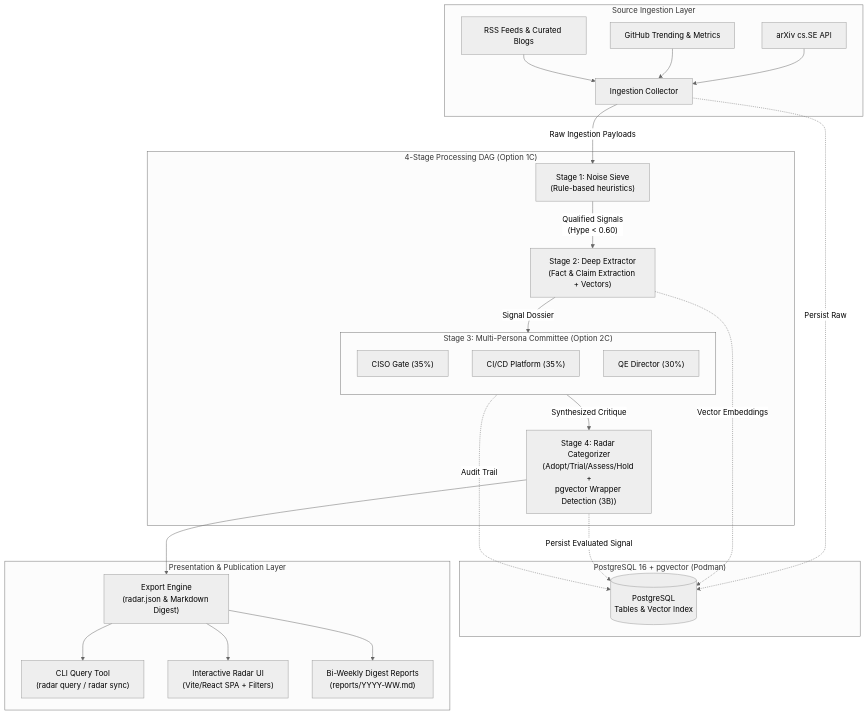
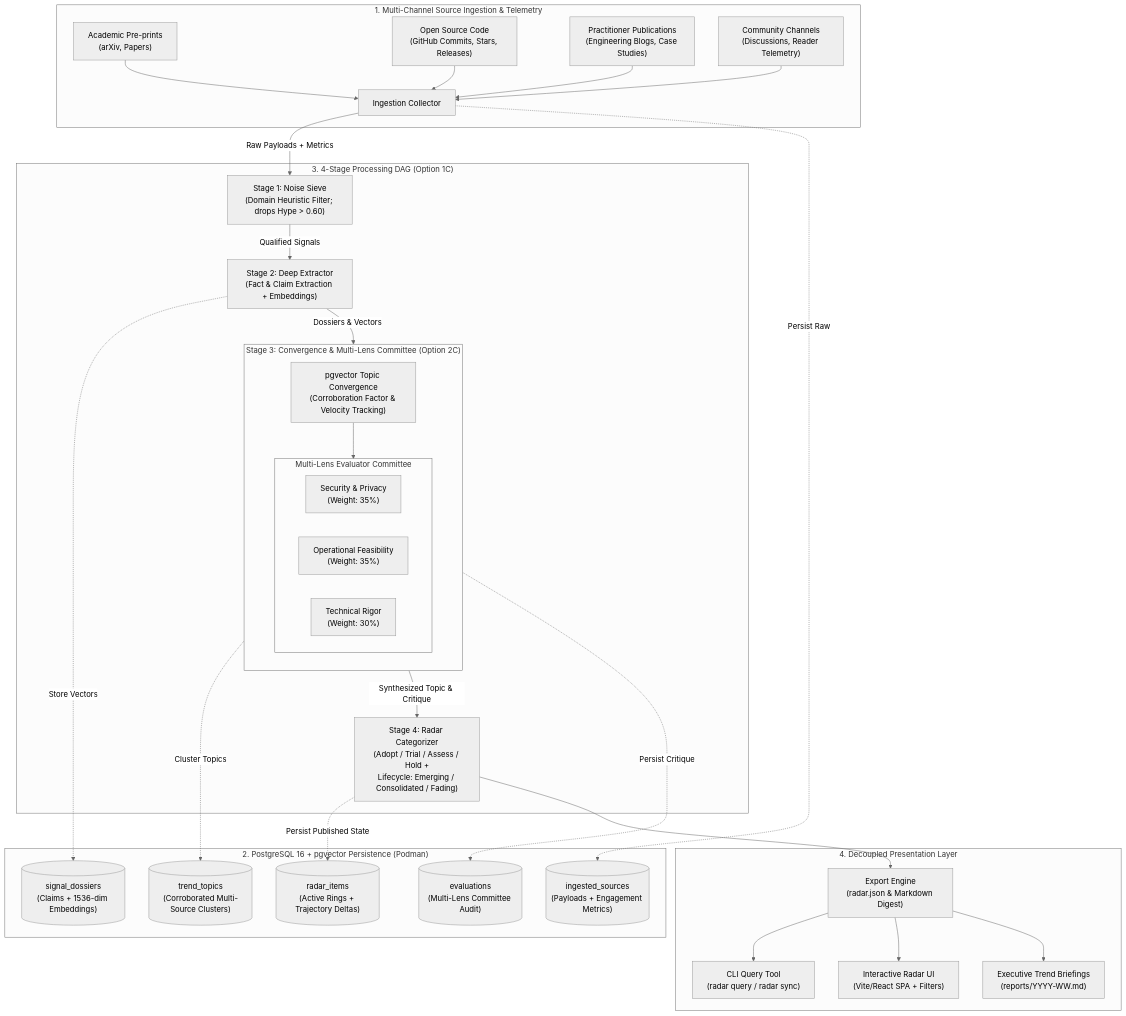
One commit to cdr74/trend_research changed the first of 2 diagrams in docs/design/architecture.md. Above: the diagram before and after it, drawn with Mermaid (neutral theme). The commit also changed other lines of this file and 19 other files, not shown here.

Commit message:
feat(architecture): generalize trend platform, add topic convergence and engagement velocity (Ref: ADR-0000, Backlog M1)

````diff
--- a/docs/design/architecture.md
+++ b/docs/design/architecture.md
@@ -15,39 +25,52 @@
 ```mermaid
 flowchart TD
-    subgraph Ingestion ["Source Ingestion Layer"]
-        A1["arXiv cs.SE API"] --> ING["Ingestion Collector"]
-        A2["GitHub Trending & Metrics"] --> ING
-        A3["RSS Feeds & Curated Blogs"] --> ING
+    subgraph Ingestion ["1. Multi-Channel Source Ingestion & Telemetry"]
+        A1["Academic Pre-prints\n(arXiv, Papers)"] --> ING["Ingestion Collector"]
+        A2["Open Source Code\n(GitHub Commits, Stars, Releases)"] --> ING
+        A3["Practitioner Publications\n(Engineering Blogs, Case Studies)"] --> ING
+        A4["Community Channels\n(Discussions, Reader Telemetry)"] --> ING
     end
 
-    subgraph Storage ["PostgreSQL 16 + pgvector (Podman)"]
-        DB[("PostgreSQL\nTables & Vector Index")]
+    subgraph Storage ["2. PostgreSQL 16 + pgvector Persistence (Podman)"]
+        DB_RAW[("ingested_sources\n(Payloads + Engagement Metrics)")]
+        DB_DOS[("signal_dossiers\n(Claims + 1536-dim Embeddings)")]
+        DB_TOP[("trend_topics\n(Corroborated Multi-Source Clusters)")]
+        DB_EVAL[("evaluations\n(Multi-Lens Committee Audit)")]
+        DB_RADAR[("radar_items\n(Active Rings + Trajectory Deltas)")]
     end
 
-    subgraph Pipeline ["4-Stage Processing DAG (Option 1C)"]
-        ING -->|"Raw Ingestion Payloads"| ST1["Stage 1: Noise Sieve\n(Rule-based heuristics)"]
-        ST1 -->|"Qualified Signals\n(Hype < 0.60)"| ST2["Stage 2: Deep Extractor\n(Fact & Claim Extraction + Vectors)"]
+    subgraph Pipeline ["3. 4-Stage Processing DAG (Option 1C)"]
+        ING -->|"Raw Payloads + Metrics"| ST1["Stage 1: Noise Sieve\n(Domain Heuristic Filter; drops Hype > 0.60)"]
+        ST1 -->|"Qualified Signals"| ST2["Stage 2: Deep Extractor\n(Fact & Claim Extraction + Embeddings)"]
         
-        subgraph Stage3 ["Stage 3: Multi-Persona Committee (Option 2C)"]
+        subgraph Stage3 ["Stage 3: Convergence & Multi-Lens Committee (Option 2C)"]
             direction TB
-            P_SEC["CISO Gate (35%)"]
-            P_CICD["CI/CD Platform (35%)"]
-            P_QE["QE Director (30%)"]
+            CORR["pgvector Topic Convergence\n(Corroboration Factor & Velocity Tracking)"]
+            
+            subgraph Committee ["Multi-Lens Evaluator Committee"]
+                direction LR
+                L_SEC["Security & Privacy\n(Weight: 35%)"]
+                L_OPS["Operational Feasibility\n(Weight: 35%)"]
+                L_VAL["Technical Rigor\n(Weight: 30%)"]
+            end
+            
+            CORR --> Committee
         end
 
-        ST2 -->|"Signal Dossier"| Stage3
-        Stage3 -->|"Synthesized Critique"| ST4["Stage 4: Radar Categorizer\n(Adopt/Trial/Assess/Hold +\npgvector Wrapper Detection (3B))"]
+        ST2 -->|"Dossiers & Vectors"| Stage3
+        Stage3 -->|"Synthesized Topic & Critique"| ST4["Stage 4: Radar Categorizer\n(Adopt / Trial / Assess / Hold +\nLifecycle: Emerging / Consolidated / Fading)"]
     end
 
-    ING -.->|"Persist Raw"| DB
-    ST2 -.->|"Vector Embeddings"| DB
-    Stage3 -.->|"Audit Trail"| DB
-    ST4 -.->|"Persist Evaluated Signal"| DB
+    ING -.->|"Persist Raw"| DB_RAW
+    ST2 -.->|"Store Vectors"| DB_DOS
+    CORR -.->|"Cluster Topics"| DB_TOP
+    Committee -.->|"Persist Critique"| DB_EVAL
+    ST4 -.->|"Persist Published State"| DB_RADAR
 
-    subgraph Presentation ["Presentation & Publication Layer"]
+    subgraph Presentation ["4. Decoupled Presentation Layer"]
         ST4 --> EXP["Export Engine\n(radar.json & Markdown Digest)"]
         EXP --> CLI["CLI Query Tool\n(radar query / radar sync)"]
         EXP --> WEB["Interactive Radar UI\n(Vite/React SPA + Filters)"]
-        EXP --> REP["Bi-Weekly Digest Reports\n(reports/YYYY-WW.md)"]
+        EXP --> REP["Executive Trend Briefings\n(reports/YYYY-WW.md)"]
     end
 ```
````
